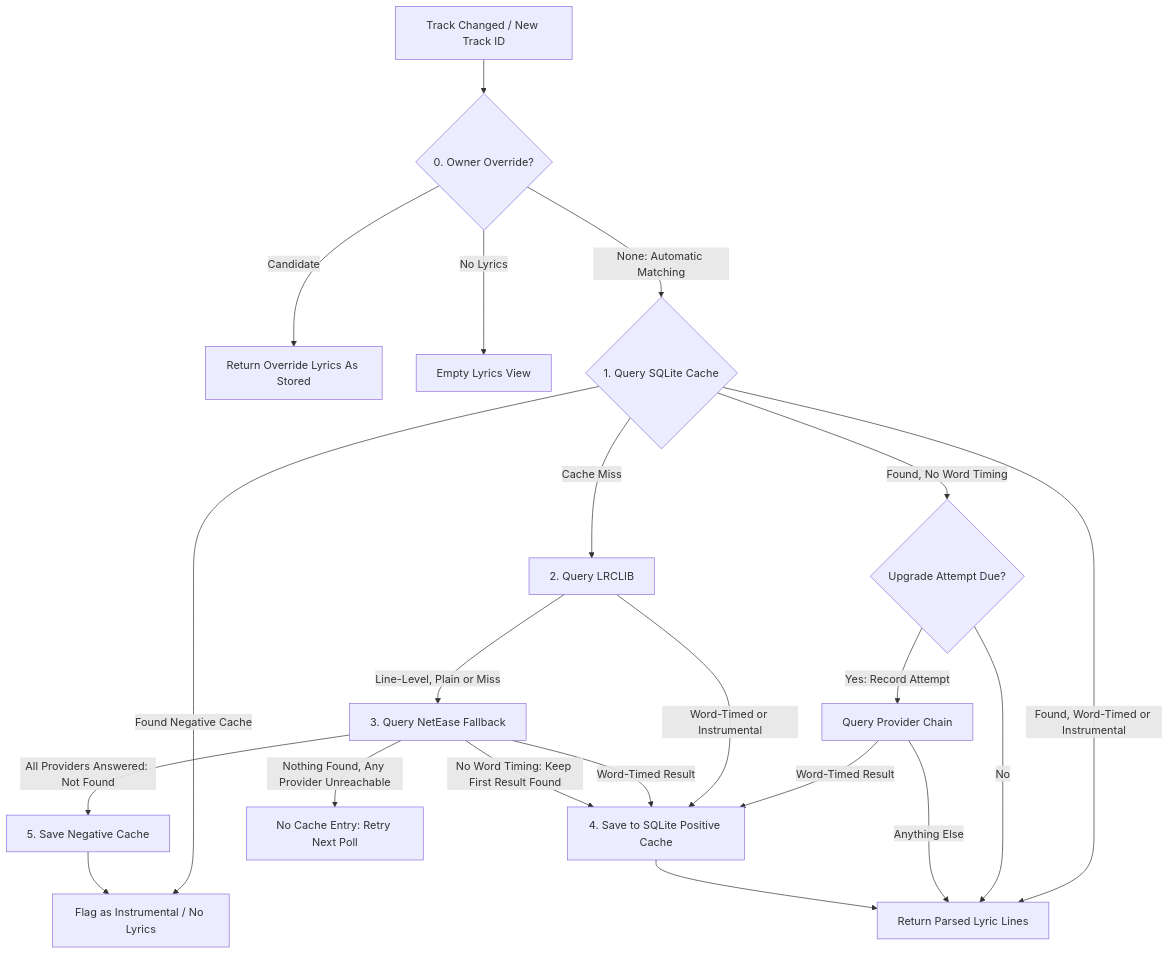
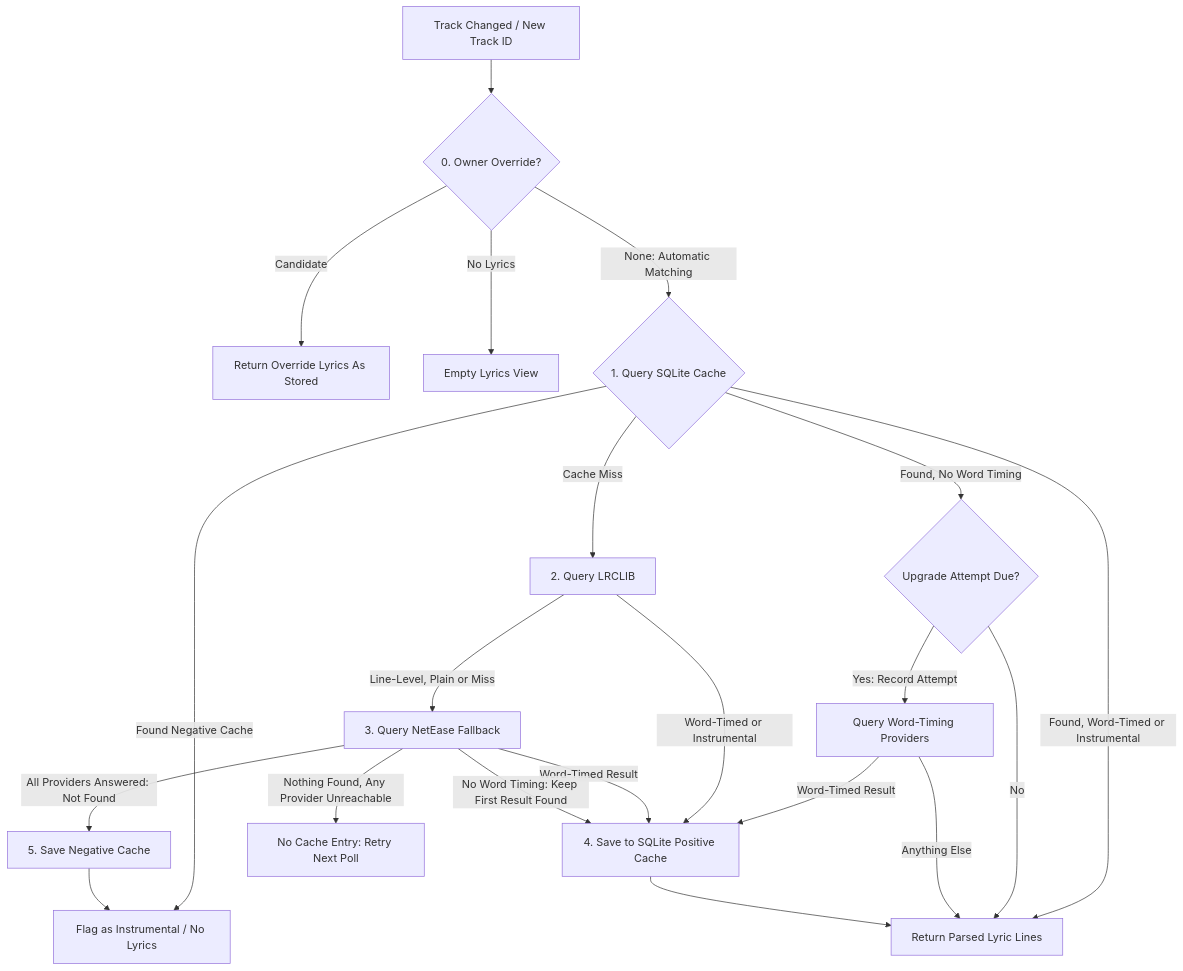
One commit to jav76/Cantus changed the diagram in docs/architecture/lyrics-caching.md. Above: the diagram before and after it, drawn with Mermaid. The commit also changed other lines of this file and 1 other file, not shown here.

Commit message:
docs: describe upgrade provider filtering and when legacy entries are retried

````diff
--- a/docs/architecture/lyrics-caching.md
+++ b/docs/architecture/lyrics-caching.md
@@ -11,25 +11,25 @@
 ```mermaid
 flowchart TD
     Start[Track Changed / New Track ID] --> QueryOverride{0. Owner Override?}
     QueryOverride -->|Candidate| ReturnOverride[Return Override Lyrics As Stored]
     QueryOverride -->|No Lyrics| ReturnNone[Empty Lyrics View]
     QueryOverride -->|None: Automatic Matching| QueryLocal{1. Query SQLite Cache}
     QueryLocal -->|Found Negative Cache| ReturnInstrumental[Flag as Instrumental / No Lyrics]
     QueryLocal -->|Found, Word-Timed or Instrumental| ReturnLyrics[Return Parsed Lyric Lines]
     QueryLocal -->|Found, No Word Timing| UpgradeDue{Upgrade Attempt Due?}
     UpgradeDue -->|No| ReturnLyrics
-    UpgradeDue -->|Yes: Record Attempt| Upgrade[Query Provider Chain]
+    UpgradeDue -->|Yes: Record Attempt| Upgrade[Query Word-Timing Providers]
     Upgrade -->|Word-Timed Result| SavePositive
     Upgrade -->|Anything Else| ReturnLyrics
 
     QueryLocal -->|Cache Miss| QueryLRCLIB[2. Query LRCLIB]
     QueryLRCLIB -->|Word-Timed or Instrumental| SavePositive[4. Save to SQLite Positive Cache]
     QueryLRCLIB -->|Line-Level, Plain or Miss| QueryNetease[3. Query NetEase Fallback]
     QueryNetease -->|Word-Timed Result| SavePositive
     QueryNetease -->|No Word Timing: Keep First Result Found| SavePositive
     QueryNetease -->|All Providers Answered: Not Found| SaveNegative[5. Save Negative Cache]
     QueryNetease -->|Nothing Found, Any Provider Unreachable| SkipCache[No Cache Entry: Retry Next Poll]
 
     SavePositive --> ReturnLyrics
     SaveNegative --> ReturnInstrumental
 ```
````
